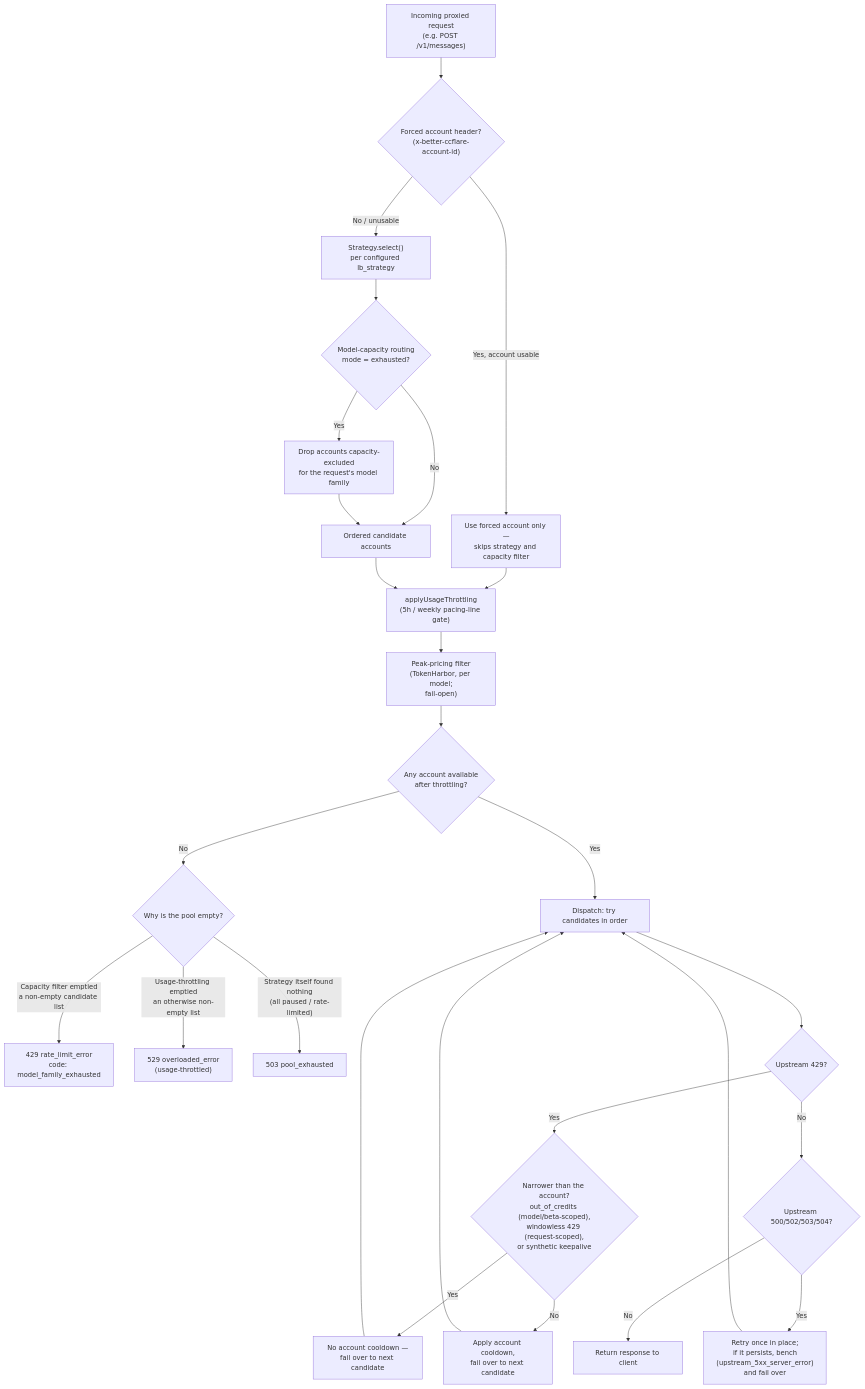
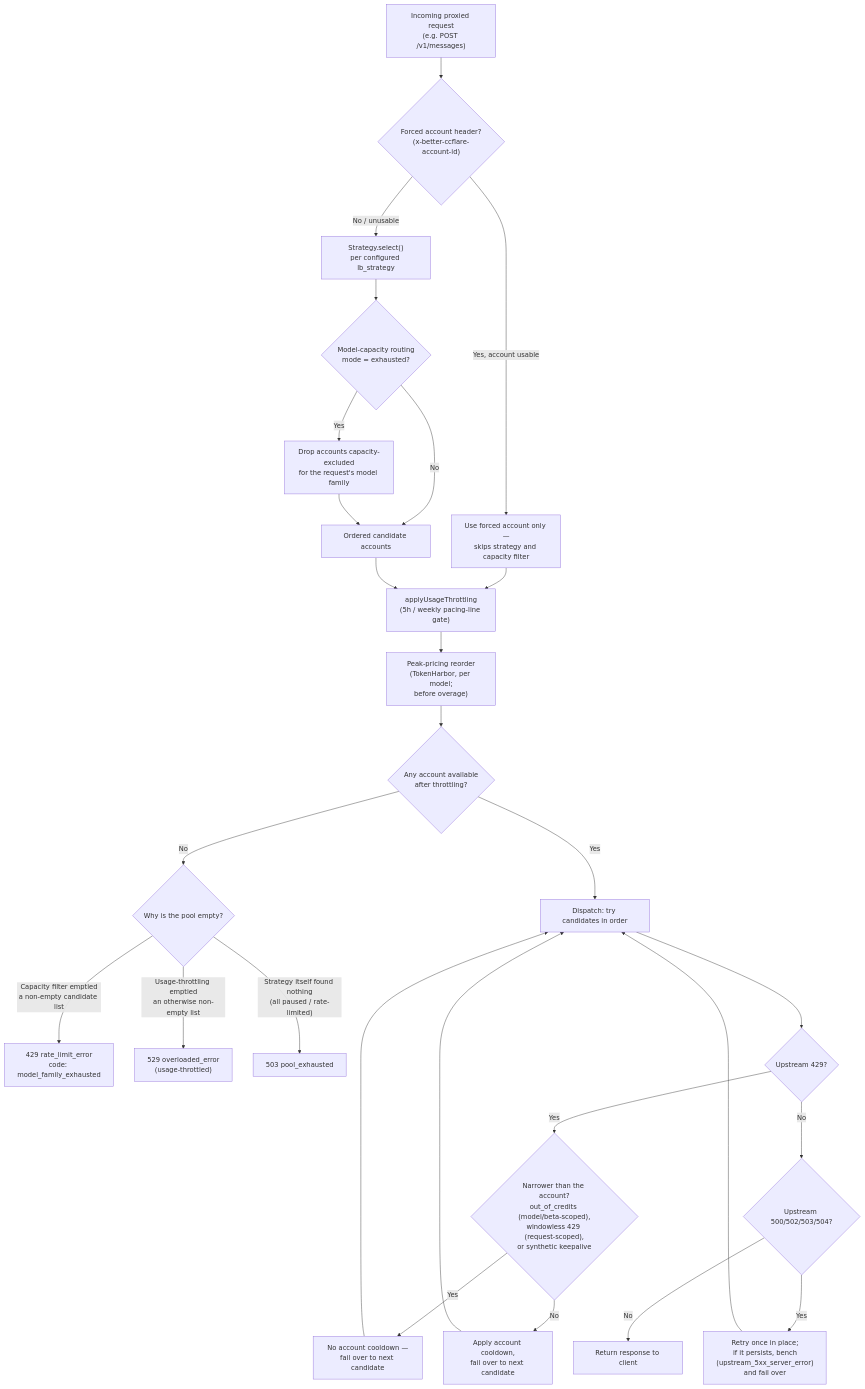
Before and after one commit to SijanC147/better-ccflare: the first of 8 diagrams in docs/routing-architecture.md, drawn with Mermaid. The commit also changed other lines of this file and 6 other files, not shown here.

````diff
--- a/docs/routing-architecture.md
+++ b/docs/routing-architecture.md
@@ -28,29 +28,29 @@
 ```mermaid
 flowchart TD
     A["Incoming proxied request<br/>(e.g. POST /v1/messages)"] --> B{"Forced account header?<br/>(x-better-ccflare-account-id)"}
     B -->|"Yes, account usable"| C["Use forced account only —<br/>skips strategy and capacity filter"]
     B -->|"No / unusable"| D["Strategy.select()<br/>per configured lb_strategy"]
     D --> E{"Model-capacity routing<br/>mode = exhausted?"}
     E -->|"Yes"| F["Drop accounts capacity-excluded<br/>for the request's model family"]
     E -->|"No"| G["Ordered candidate accounts"]
     F --> G
     C --> H["applyUsageThrottling<br/>(5h / weekly pacing-line gate)"]
     G --> H
-    H --> H2["Peak-pricing filter<br/>(TokenHarbor, per model;<br/>fail-open)"]
+    H --> H2["Peak-pricing reorder<br/>(TokenHarbor, per model;<br/>before overage)"]
     H2 --> I{"Any account available<br/>after throttling?"}
     I -->|"No"| J{"Why is the pool empty?"}
     J -->|"Capacity filter emptied<br/>a non-empty candidate list"| K["429 rate_limit_error<br/>code: model_family_exhausted"]
     J -->|"Usage-throttling emptied<br/>an otherwise non-empty list"| L["529 overloaded_error<br/>(usage-throttled)"]
     J -->|"Strategy itself found nothing<br/>(all paused / rate-limited)"| M["503 pool_exhausted"]
     I -->|"Yes"| N["Dispatch: try candidates in order"]
     N --> O{"Upstream 429?"}
     O -->|"Yes"| P{"Narrower than the account?<br/>out_of_credits (model/beta-scoped),<br/>windowless 429 (request-scoped),<br/>or synthetic keepalive"}
     P -->|"Yes"| P2["No account cooldown —<br/>fail over to next candidate"]
     P -->|"No"| P3["Apply account cooldown,<br/>fail over to next candidate"]
     P2 --> N
     P3 --> N
     O -->|"No"| R{"Upstream 500/502/503/504?"}
     R -->|"Yes"| R2["Retry once in place;<br/>if it persists, bench<br/>(upstream_5xx_server_error)<br/>and fail over"]
     R2 --> N
     R -->|"No"| Q["Return response to client"]
 ```
````
